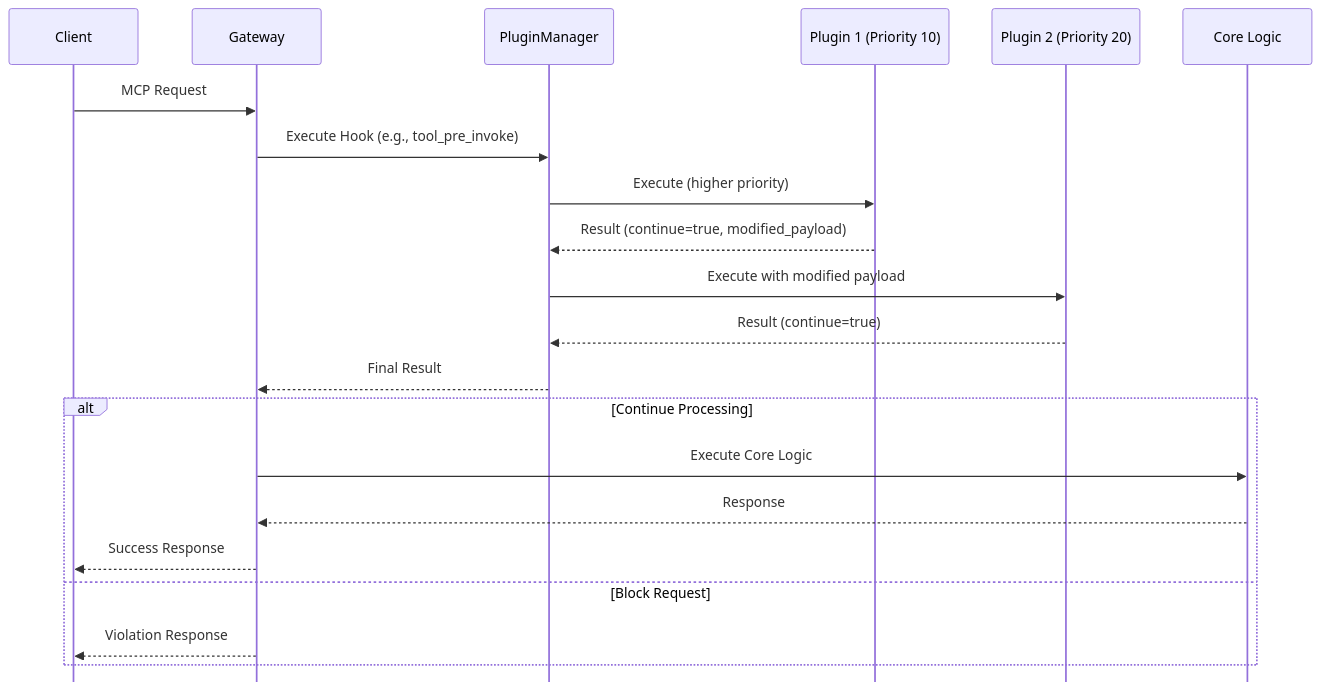
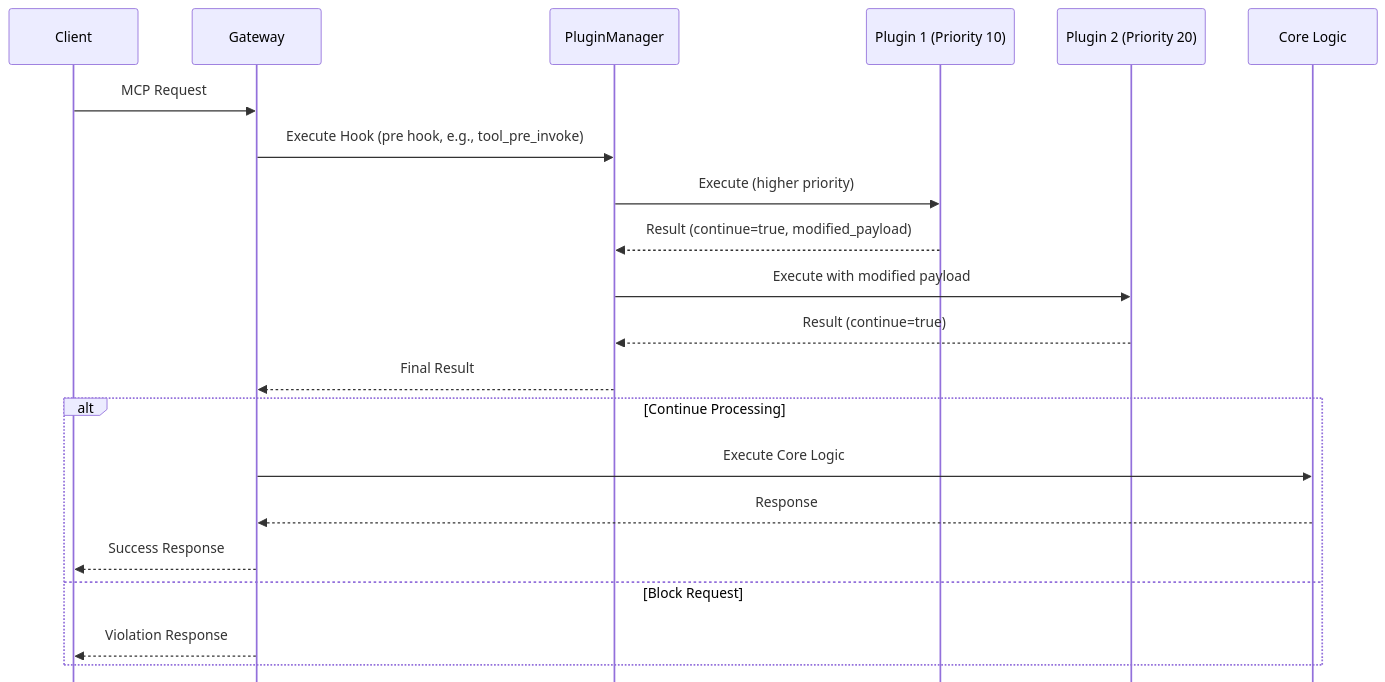
One commit to tedhabeck/mcp-context-forge changed the second of 5 diagrams in docs/docs/architecture/plugins.md. Above: the diagram before and after it, drawn with Mermaid. The commit also changed other lines of this file and 147 other files, not shown here.

First line of the commit message:
docs: refresh docs formatting, links, and diagrams (#2624)

````diff
--- a/docs/docs/architecture/plugins.md
+++ b/docs/docs/architecture/plugins.md
@@ -852,32 +852,32 @@
 ```mermaid
 ---
 config:
   mirrorActors: false
 ---
 sequenceDiagram
     participant Client
     participant Gateway
     participant PM as PluginManager
     participant P1 as Plugin 1 (Priority 10)
     participant P2 as Plugin 2 (Priority 20)
     participant Core as Core Logic
 
     Client->>Gateway: MCP Request
-    Gateway->>PM: Execute Hook (e.g., tool_pre_invoke)
+    Gateway->>PM: Execute Hook (pre hook, e.g., tool_pre_invoke)
 
     PM->>P1: Execute (higher priority)
     P1-->>PM: Result (continue=true, modified_payload)
 
     PM->>P2: Execute with modified payload
     P2-->>PM: Result (continue=true)
 
     PM-->>Gateway: Final Result
 
     alt Continue Processing
         Gateway->>Core: Execute Core Logic
         Core-->>Gateway: Response
         Gateway-->>Client: Success Response
     else Block Request
         Gateway-->>Client: Violation Response
     end
 ```
````
